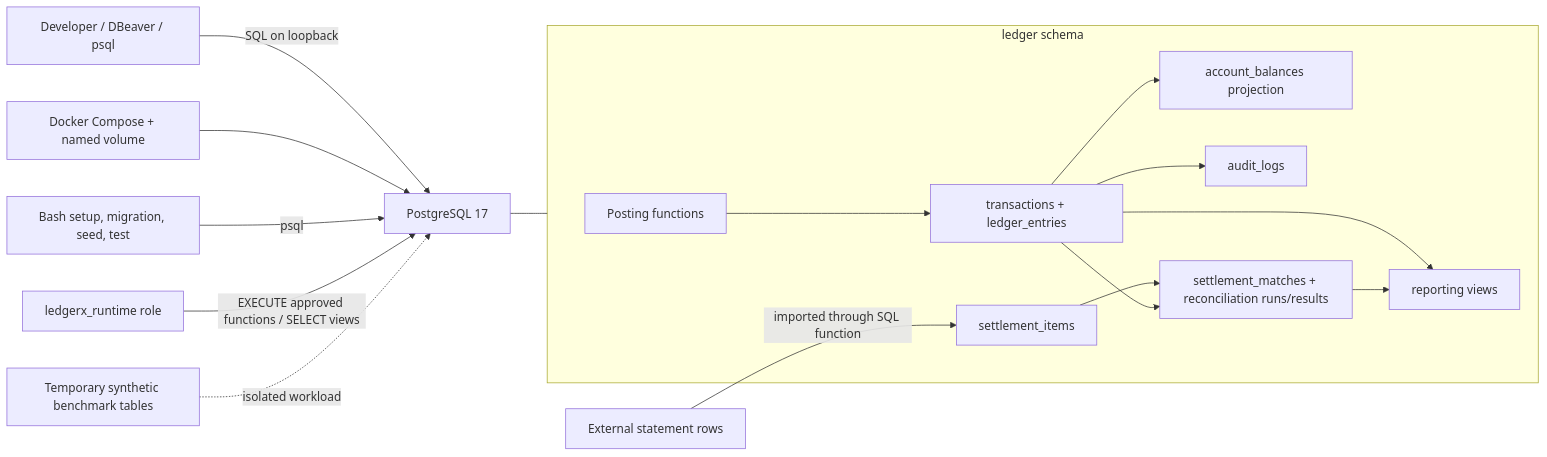
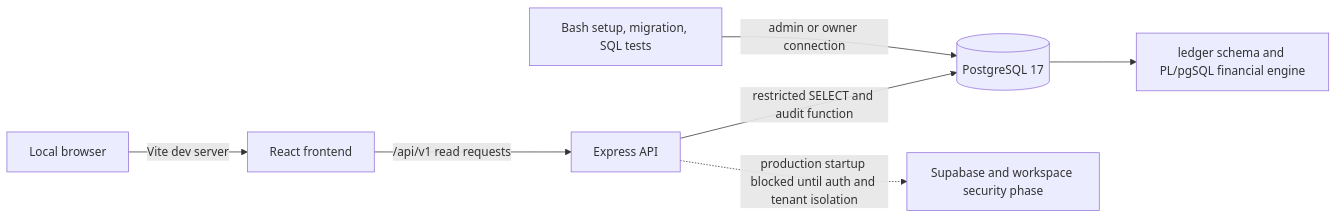
Before and after one commit to TheLucifer-07/LEDGERX: the diagram in README.md, drawn with Mermaid. The commit also changed other lines of this file and 86 other files, not shown here.

````diff
--- a/README.md
+++ b/README.md
@@ -42,27 +18,9 @@
 ```mermaid
 flowchart LR
-    Operator[Developer / DBeaver / psql] -->|SQL on loopback| PG[PostgreSQL 17]
-    Compose[Docker Compose + named volume] --> PG
-    Scripts[Bash setup, migration, seed, test] -->|psql| PG
-    Runtime[ledgerx_runtime role] -->|EXECUTE approved functions / SELECT views| PG
-
-    subgraph DB[ledger schema]
-        Ops[Posting functions]
-        Journal[transactions + ledger_entries]
-        Projection[account_balances projection]
-        Audit[audit_logs]
-        Evidence[settlement_items]
-        Reconcile[settlement_matches + reconciliation runs/results]
-        Reports[reporting views]
-        Ops --> Journal
-        Journal --> Projection
-        Journal --> Audit
-        Evidence --> Reconcile
-        Journal --> Reconcile
-        Journal --> Reports
-        Reconcile --> Reports
-    end
-    PG --- DB
-    External[External statement rows] -->|imported through SQL function| Evidence
-    Synthetic[Temporary synthetic benchmark tables] -. isolated workload .-> PG
+    Browser[Local browser] -->|Vite dev server| Frontend[React frontend]
+    Frontend -->|/api/v1 read requests| API[Express API]
+    API -->|restricted SELECT and audit function| DB[(PostgreSQL 17)]
+    Scripts[Bash setup, migration, SQL tests] -->|admin or owner connection| DB
+    DB --> Schema[ledger schema and PL/pgSQL financial engine]
+    API -. production startup blocked until auth and tenant isolation .-> Guard[Supabase and workspace security phase]
 ```
````
